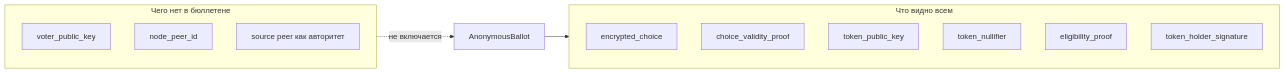
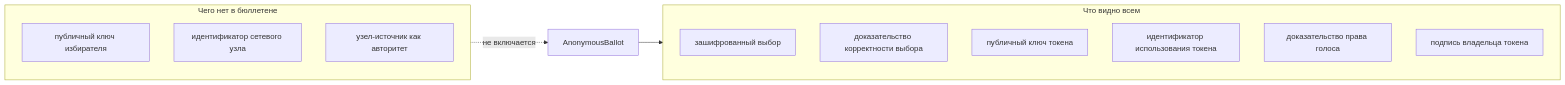
Diagram 13 of 17 in librevote-presentation-ru.md (arshtanko/librevote), drawn with Mermaid before and after one commit. The commit also changed other lines of this file, not shown here.

````diff
--- a/librevote-presentation-ru.md
+++ b/librevote-presentation-ru.md
@@ -360,20 +386,20 @@
 ```mermaid
 flowchart LR
   subgraph Public[Что видно всем]
-    A[encrypted_choice]
-    B[choice_validity_proof]
-    C[token_public_key]
-    D[token_nullifier]
-    E[eligibility_proof]
-    F[token_holder_signature]
+    A[зашифрованный выбор]
+    B[доказательство корректности выбора]
+    C[публичный ключ токена]
+    D[идентификатор использования токена]
+    E[доказательство права голоса]
+    F[подпись владельца токена]
   end
 
   subgraph Hidden[Чего нет в бюллетене]
-    G[voter_public_key]
-    H[node_peer_id]
-    I[source peer как авторитет]
+    G[публичный ключ избирателя]
+    H[идентификатор сетевого узла]
+    I[узел-источник как авторитет]
   end
 
   J[AnonymousBallot] --> Public
   Hidden -. не включается .-> J
 ```
````
